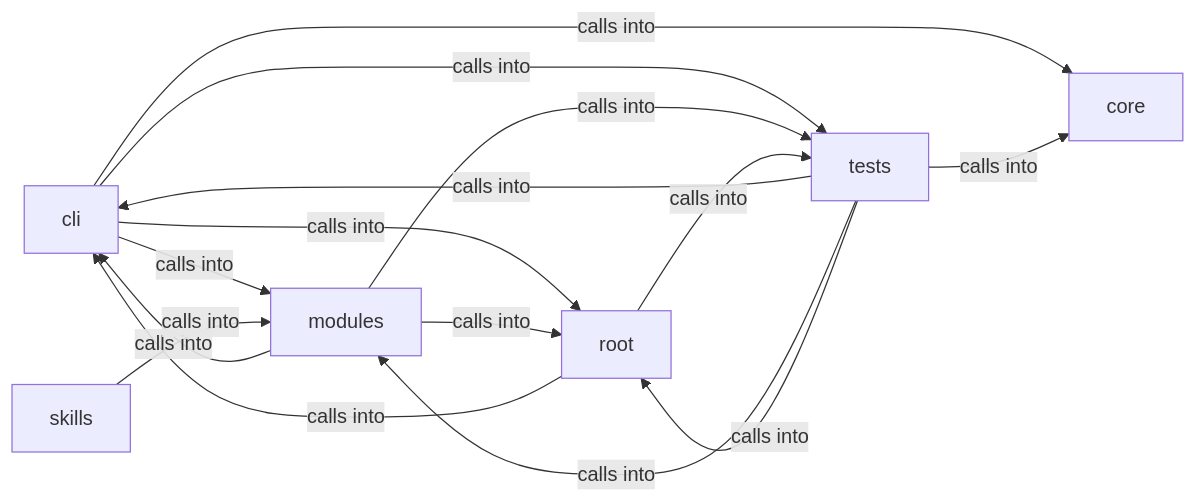
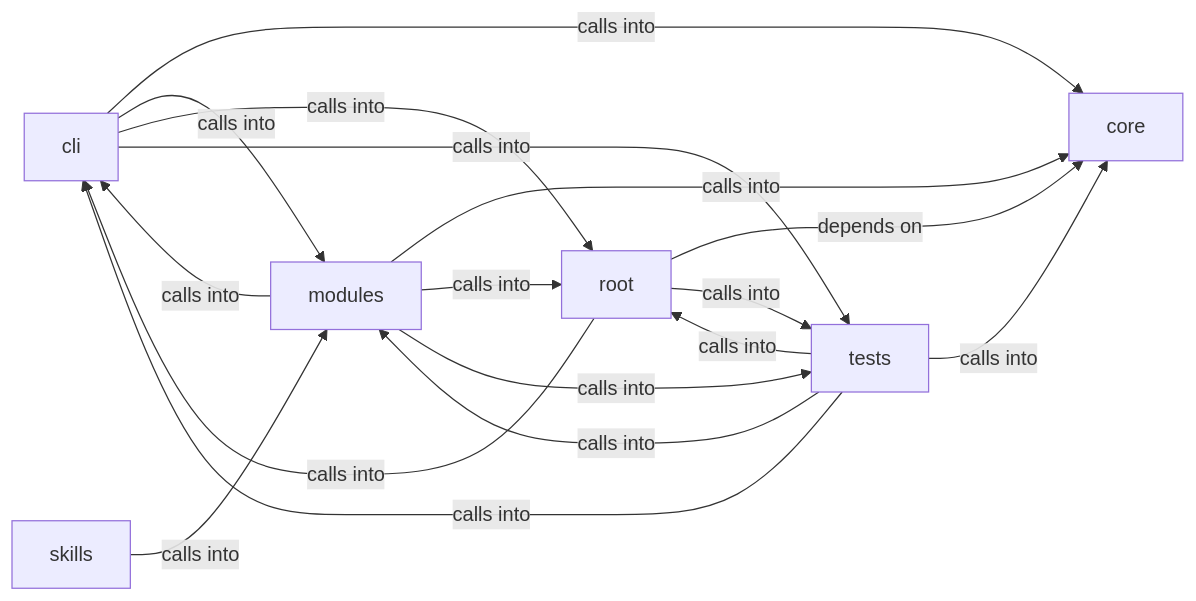
Before and after one commit to grisuno/LazyOwn: the diagram in readmenator-diagrams/cli_commands.md, drawn with Mermaid. The commit also changed other lines of this file and 161 other files, not shown here.

````diff
--- a/readmenator-diagrams/cli_commands.md
+++ b/readmenator-diagrams/cli_commands.md
@@ -5,23 +5,25 @@
 ```mermaid
 graph LR
     cli["cli"]
     core["core"]
     modules["modules"]
     root["root"]
     skills["skills"]
     tests["tests"]
     cli -- "calls into" --> core
     cli -- "calls into" --> modules
     cli -- "calls into" --> root
     cli -- "calls into" --> tests
     modules -- "calls into" --> cli
+    modules -- "calls into" --> core
     modules -- "calls into" --> root
     modules -- "calls into" --> tests
     root -- "calls into" --> cli
+    root -- "depends on" --> core
     root -- "calls into" --> tests
     skills -- "calls into" --> modules
     tests -- "calls into" --> cli
     tests -- "calls into" --> core
     tests -- "calls into" --> modules
     tests -- "calls into" --> root
 ```
````
